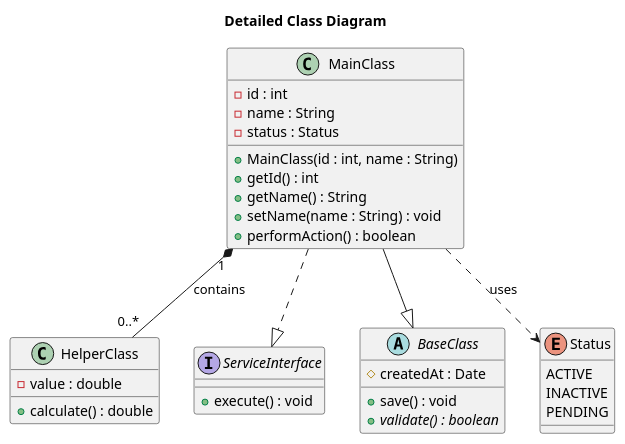
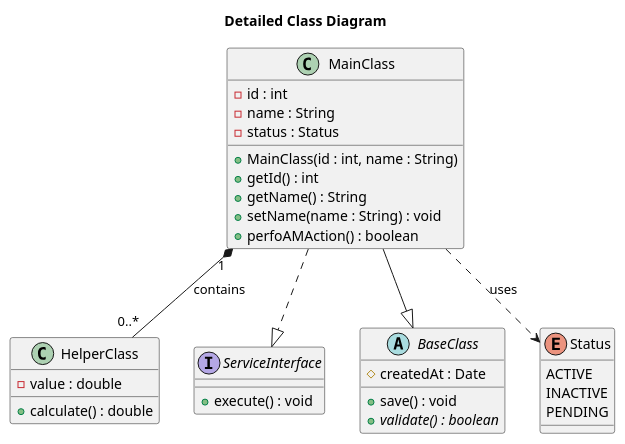
Before and after one commit to kailashsrirang/3a04-deliverable3: the diagram in detailed-class-diag/template.puml, drawn with PlantUML. The commit also changed 8 other files, not shown here.

Commit message:
create 6 UML sequence diagrams for all 6 buisness events

```diff
--- a/detailed-class-diag/template.puml
+++ b/detailed-class-diag/template.puml
@@ -1,41 +1,41 @@
 @startuml
 title Detailed Class Diagram
 
 class MainClass {
     -id : int
     -name : String
     -status : Status
     +MainClass(id : int, name : String)
     +getId() : int
     +getName() : String
     +setName(name : String) : void
-    +performAction() : boolean
+    +perfoAMAction() : boolean
 }
 
 class HelperClass {
     -value : double
     +calculate() : double
 }
 
 interface ServiceInterface {
     +execute() : void
 }
 
 abstract class BaseClass {
     #createdAt : Date
     +save() : void
     {abstract} +validate() : boolean
 }
 
 enum Status {
     ACTIVE
     INACTIVE
     PENDING
 }
 
 MainClass --|> BaseClass
 MainClass ..|> ServiceInterface
 MainClass "1" *-- "0..*" HelperClass : contains
 MainClass ..> Status : uses
 
 @enduml
```
